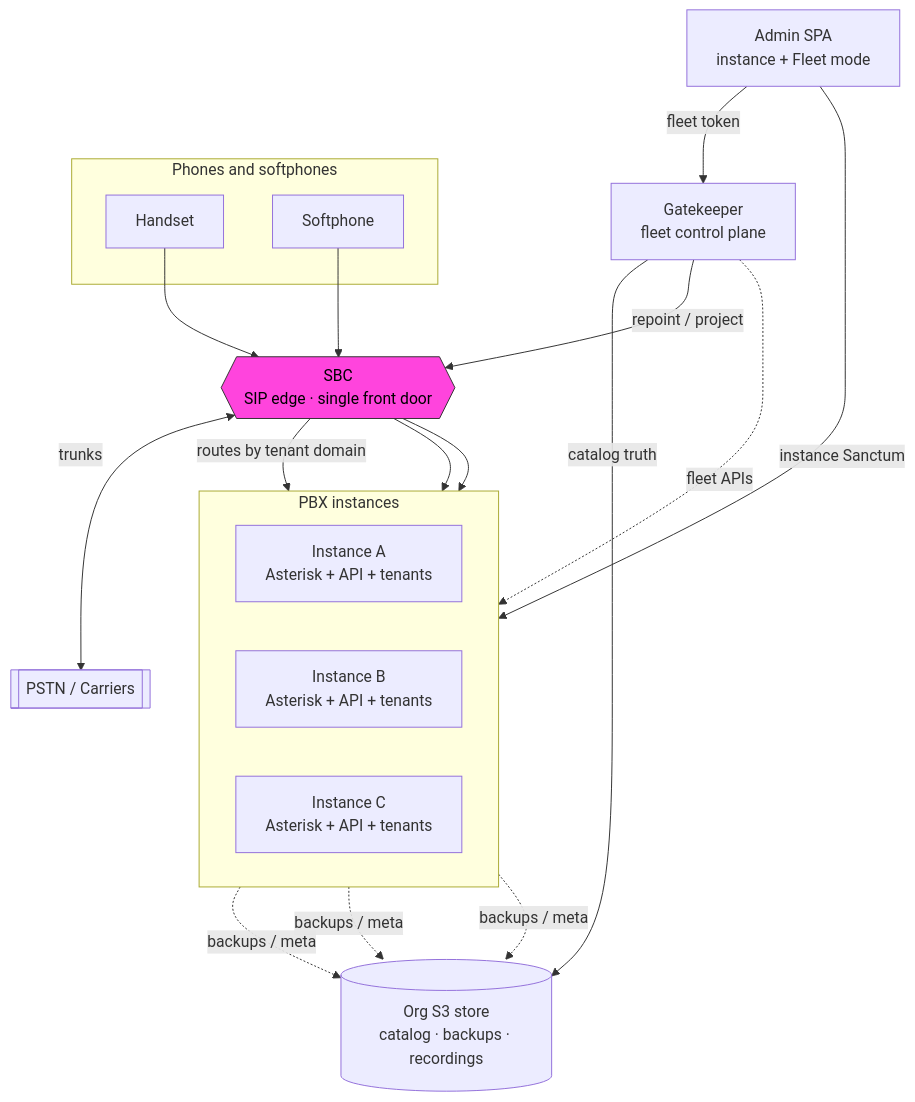
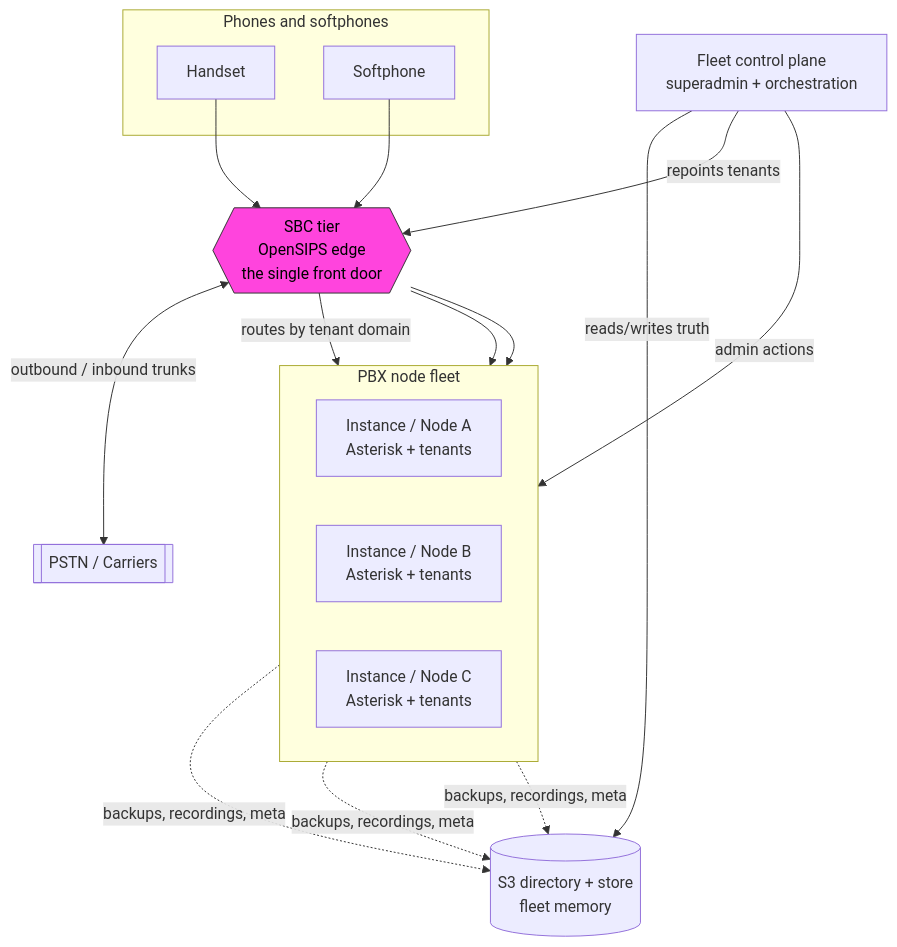
The first of 4 diagrams in docs/getting-started/what-is-pbx3.md (aelintra/pbx3-docs), drawn with Mermaid before and after one commit. The commit also changed other lines of this file and 1 other file, not shown here.

First line of the commit message:
Replace What is PBX3 with the fuller fleet system overview.

````diff
--- a/docs/getting-started/what-is-pbx3.md
+++ b/docs/getting-started/what-is-pbx3.md
@@ -9,41 +18,38 @@
 ```mermaid
 flowchart TB
     subgraph phones["Phones and softphones"]
       P1["Handset"]
       P2["Softphone"]
     end
 
-    SBC{{"SBC<br/>SIP edge · single front door"}}
+    SBC{{"SBC tier<br/>OpenSIPS edge<br/>the single front door"}}
 
-    subgraph fleet["PBX instances"]
+    subgraph fleet["PBX node fleet"]
       direction LR
-      N1["Instance A<br/>Asterisk + API + tenants"]
-      N2["Instance B<br/>Asterisk + API + tenants"]
-      N3["Instance C<br/>Asterisk + API + tenants"]
+      N1["Instance / Node A<br/>Asterisk + tenants"]
+      N2["Instance / Node B<br/>Asterisk + tenants"]
+      N3["Instance / Node C<br/>Asterisk + tenants"]
     end
 
-    S3[("Org S3 store<br/>catalog · backups · recordings")]
-    GK["Gatekeeper<br/>fleet control plane"]
-    SPA["Admin SPA<br/>instance + Fleet mode"]
+    S3[("S3 directory + store<br/>fleet memory")]
+    CP["Fleet control plane<br/>superadmin + orchestration"]
     CAR[["PSTN / Carriers"]]
 
     P1 --> SBC
     P2 --> SBC
     SBC -->|"routes by tenant domain"| N1
     SBC --> N2
     SBC --> N3
-    SBC <-->|"trunks"| CAR
+    SBC <-->|"outbound / inbound trunks"| CAR
 
-    N1 -. "backups / meta" .-> S3
-    N2 -. "backups / meta" .-> S3
-    N3 -. "backups / meta" .-> S3
+    N1 -. "backups, recordings, meta" .-> S3
+    N2 -. "backups, recordings, meta" .-> S3
+    N3 -. "backups, recordings, meta" .-> S3
 
-    GK -->|"catalog truth"| S3
-    GK -->|"repoint / project"| SBC
-    GK -.->|"fleet APIs"| fleet
-    SPA -->|"instance Sanctum"| fleet
-    SPA -->|"fleet token"| GK
+    CP -->|"reads/writes truth"| S3
+    CP -->|"repoints tenants"| SBC
+    CP -->|"admin actions"| fleet
 
     classDef edge fill:#f4d,stroke:#333,color:#000;
     class SBC edge;
 ```
````
